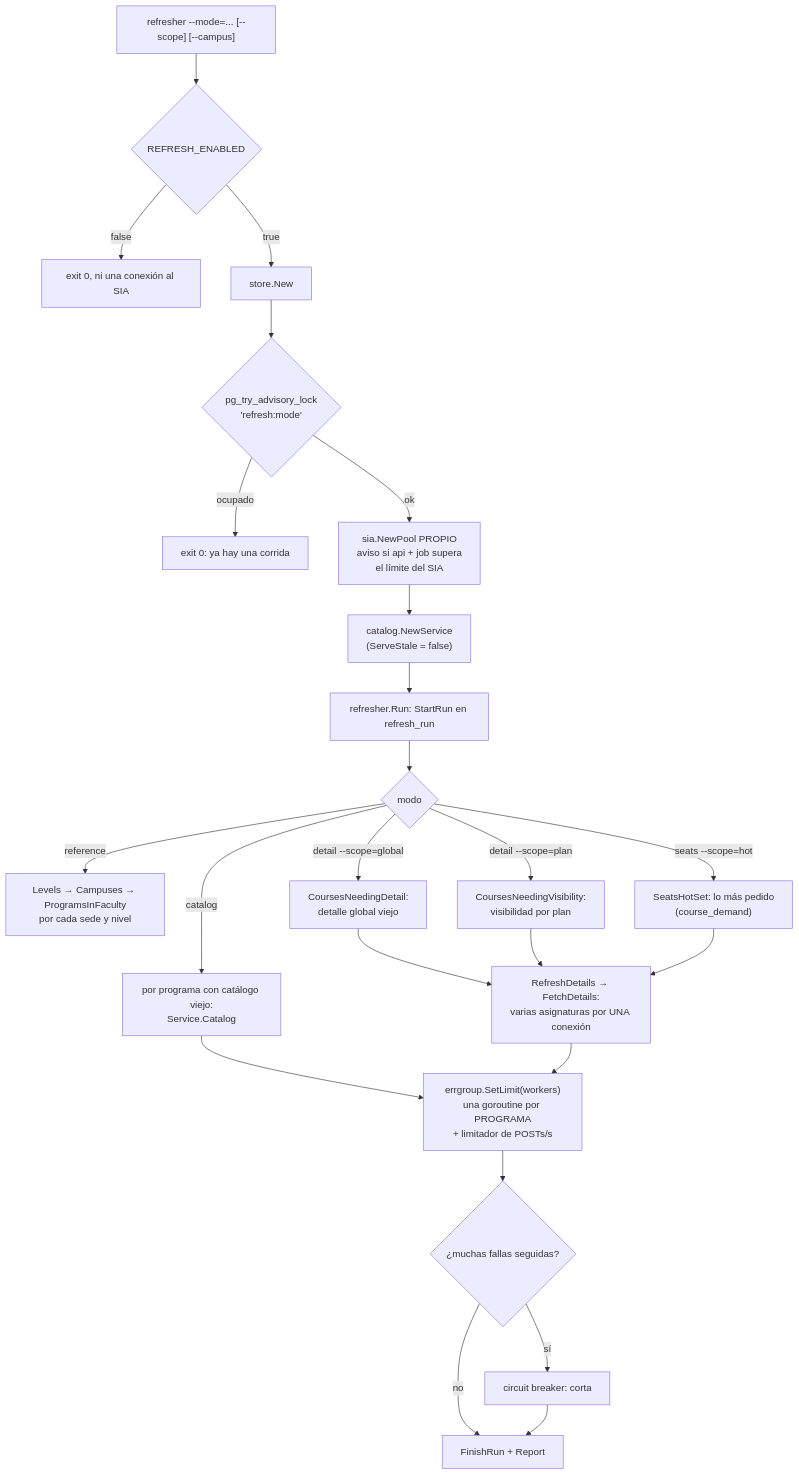
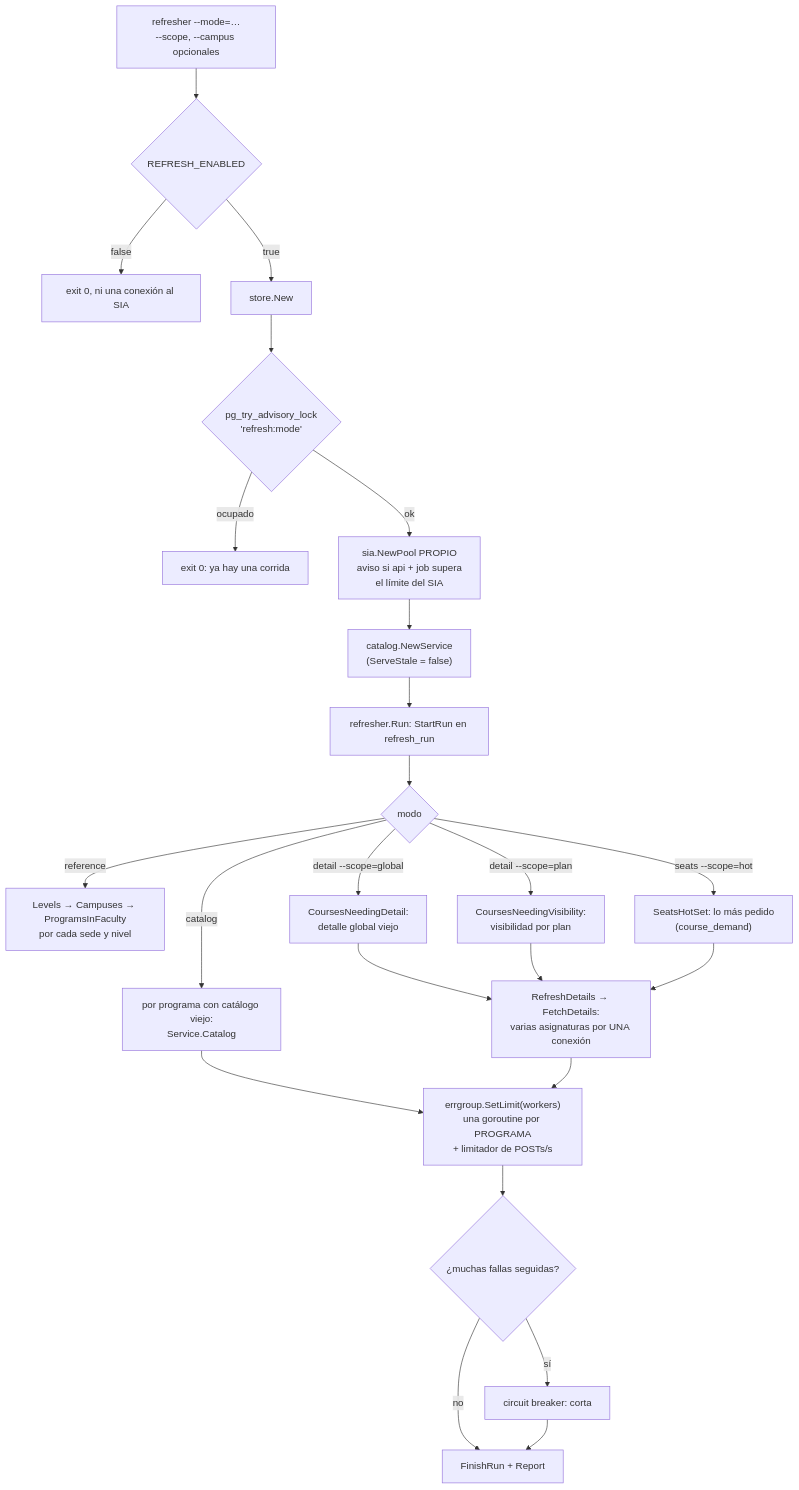
One commit to gabotachak/sia-unal-bridge changed diagram 18 of 20 in docs/diagram.md. Above: the diagram before and after it, drawn with Mermaid. The commit also changed other lines of this file and 10 other files, not shown here.

First line of the commit message:
docs: pasa todos los diagramas a Mermaid

````diff
--- a/docs/diagram.md
+++ b/docs/diagram.md
@@ -689,29 +670,29 @@
 ```mermaid
 flowchart TD
-    start["refresher --mode=... [--scope] [--campus]"] --> en{"REFRESH_ENABLED"}
+    start["refresher --mode=…<br/>--scope, --campus opcionales"] --> en{"REFRESH_ENABLED"}
     en -- false --> bye["exit 0, ni una conexión al SIA"]
     en -- true --> st["store.New"]
     st --> lock{"pg_try_advisory_lock<br/>'refresh:mode'"}
     lock -- "ocupado" --> skip["exit 0: ya hay una corrida"]
     lock -- ok --> pool["sia.NewPool PROPIO<br/>aviso si api + job supera<br/>el límite del SIA"]
     pool --> svc["catalog.NewService<br/>(ServeStale = false)"]
     svc --> run["refresher.Run: StartRun en refresh_run"]
     run --> mode{"modo"}
 
     mode -- reference --> mr["Levels → Campuses → ProgramsInFaculty<br/>por cada sede y nivel"]
     mode -- catalog --> mc["por programa con catálogo viejo:<br/>Service.Catalog"]
     mode -- "detail --scope=global" --> md["CoursesNeedingDetail:<br/>detalle global viejo"]
     mode -- "detail --scope=plan" --> mp["CoursesNeedingVisibility:<br/>visibilidad por plan"]
     mode -- "seats --scope=hot" --> ms["SeatsHotSet: lo más pedido<br/>(course_demand)"]
 
     md --> fd["RefreshDetails → FetchDetails:<br/>varias asignaturas por UNA conexión"]
     mp --> fd
     ms --> fd
 
     mc --> eg
     fd --> eg["errgroup.SetLimit(workers)<br/>una goroutine por PROGRAMA<br/>+ limitador de POSTs/s"]
     eg --> cb{"¿muchas fallas seguidas?"}
     cb -- sí --> brk["circuit breaker: corta"]
     cb -- no --> fin["FinishRun + Report"]
     brk --> fin
 ```
````
